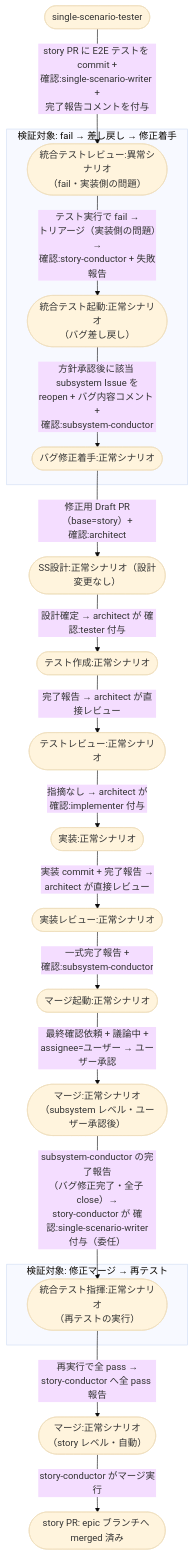
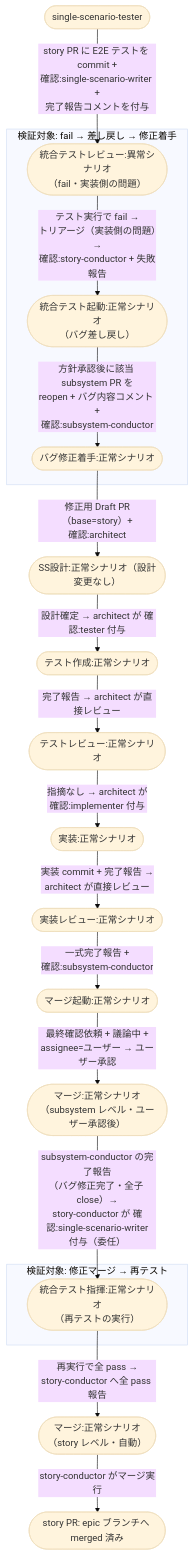
Before and after one commit to shuhei1101/ai-monitor: the diagram in docs/wiki/設計図/シナリオ/複合ユースケース/統合テスト失敗からのバグ修正.md, drawn with Mermaid (base theme). The commit also changed other lines of this file and 256 other files, not shown here.

````diff
--- a/docs/wiki/設計図/シナリオ/複合ユースケース/統合テスト失敗からのバグ修正.md
+++ b/docs/wiki/設計図/シナリオ/複合ユースケース/統合テスト失敗からのバグ修正.md
@@ -26,38 +26,38 @@
 ```mermaid
 flowchart TD
   A0([single-scenario-tester]) -->|story PR に E2E テストを commit +<br>確認:single-scenario-writer +<br>完了報告コメントを付与| UC1
 
   subgraph FOCUS1["検証対象: fail → 差し戻し → 修正着手"]
     UC1([統合テストレビュー:異常シナリオ<br>（fail・実装側の問題）]) -->|テスト実行で fail →<br>トリアージ（実装側の問題）→<br>確認:story-conductor + 失敗報告| UC1C([統合テスト起動:正常シナリオ<br>（バグ差し戻し）])
-    UC1C -->|方針承認後に該当 subsystem Issue を<br>reopen + バグ内容コメント +<br>確認:subsystem-conductor| UC2([バグ修正着手:正常シナリオ])
+    UC1C -->|方針承認後に該当 subsystem PR を<br>reopen + バグ内容コメント +<br>確認:subsystem-conductor| UC2([バグ修正着手:正常シナリオ])
   end
 
   UC2 -->|修正用 Draft PR（base=story）+<br>確認:architect| UC4([SS設計:正常シナリオ（設計変更なし）])
   UC4 -->|設計確定 → architect が 確認:tester 付与| UC5([テスト作成:正常シナリオ])
   UC5 -->|完了報告 → architect が直接レビュー| UC5B([テストレビュー:正常シナリオ])
   UC5B -->|指摘なし → architect が<br>確認:implementer 付与| UC6([実装:正常シナリオ])
   UC6 -->|実装 commit + 完了報告 →<br>architect が直接レビュー| UC7([実装レビュー:正常シナリオ])
   UC7 -->|一式完了報告 +<br>確認:subsystem-conductor| UC7B([マージ起動:正常シナリオ])
   UC7B -->|最終確認依頼 + 議論中 +<br>assignee=ユーザー → ユーザー承認| UC8([マージ:正常シナリオ<br>（subsystem レベル・ユーザー承認後）])
   UC8 -->|subsystem-conductor の完了報告<br>（バグ修正完了・全子 close）→<br>story-conductor が 確認:single-scenario-writer<br>付与（委任）| UC9A
 
   subgraph FOCUS2["検証対象: 修正マージ → 再テスト"]
     UC9A([統合テスト指揮:正常シナリオ<br>（再テストの実行）])
   end
 
   UC9A -->|再実行で全 pass →<br>story-conductor へ全 pass 報告| UC10([マージ:正常シナリオ<br>（story レベル・自動）])
   UC10 -->|story-conductor がマージ実行| DONE([story PR: epic ブランチへ merged 済み])
 
   click UC1 "../単一ユースケース/統合テストレビュー.md#異常シナリオfail実装側の問題"
   click UC1C "../単一ユースケース/統合テスト起動.md#正常シナリオバグ差し戻し"
   click UC2 "../単一ユースケース/バグ修正着手.md#正常シナリオ"
   click UC4 "../単一ユースケース/SS設計.md#正常シナリオ設計変更なし"
   click UC5 "../単一ユースケース/テスト作成.md#正常シナリオ"
   click UC5B "../単一ユースケース/テストレビュー.md#正常シナリオ"
   click UC6 "../単一ユースケース/実装.md#正常シナリオ"
   click UC7 "../単一ユースケース/実装レビュー.md#正常シナリオ"
   click UC7B "../単一ユースケース/マージ起動.md#正常シナリオ"
   click UC8 "../単一ユースケース/マージ.md#正常シナリオsubsystem-レベルユーザー承認後"
   click UC9A "../単一ユースケース/統合テスト指揮.md#正常シナリオ再テストの実行"
   click UC10 "../単一ユースケース/マージ.md#正常シナリオstory-レベル自動"
 ```
````
